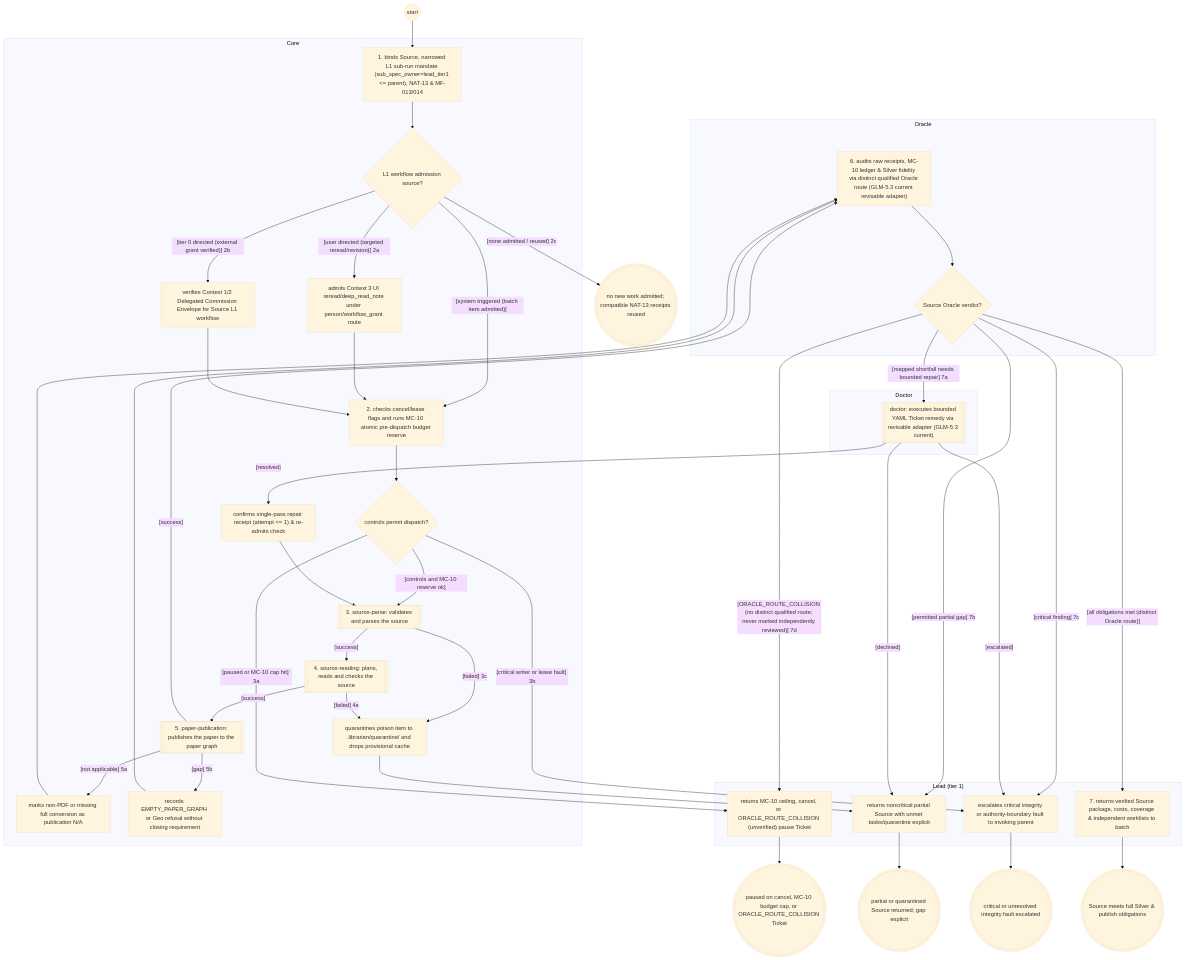
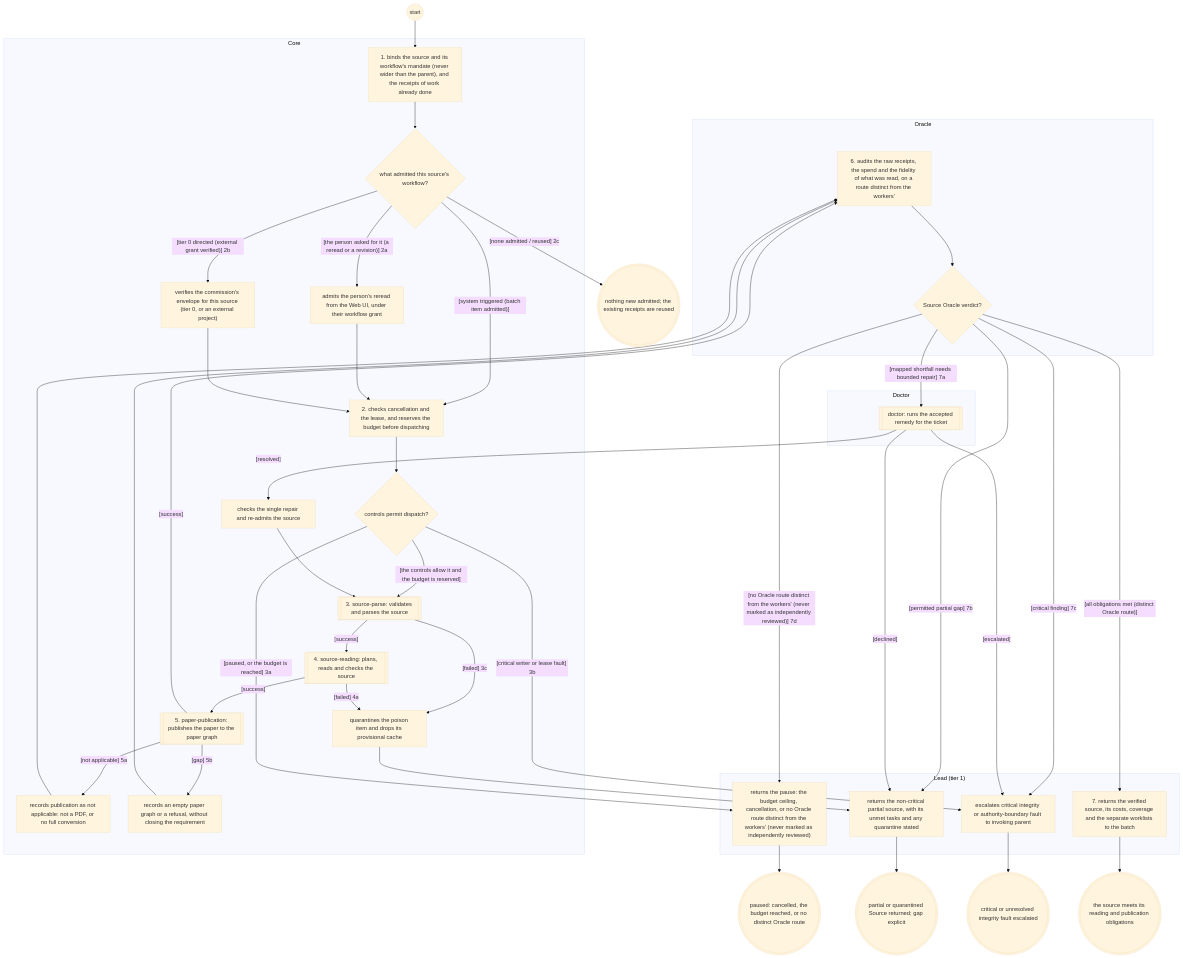
The diagram in reports/2026-11-25-systems-analysis-finalisation/librarian/to-be/views/source-enrichment.views.md (Jake36999/Librarian_V2), drawn with Mermaid (base theme) before and after one commit. The commit also changed other lines of this file and 37 other files, not shown here.

````diff
--- a/reports/2026-11-25-systems-analysis-finalisation/librarian/to-be/views/source-enrichment.views.md
+++ b/reports/2026-11-25-systems-analysis-finalisation/librarian/to-be/views/source-enrichment.views.md
@@ -98,74 +98,74 @@
 ```mermaid
 flowchart TD
   subgraph Oracle["Oracle"]
-    oracle["6. audits raw receipts, MC-10 ledger & Silver fidelity via distinct qualified Oracle route (GLM-5.3 current revisable adapter)"]
+    oracle["6. audits the raw receipts, the spend and the fidelity of what was read, on a route distinct from the workers'"]
     dverdict{"Source Oracle verdict?"}
   end
   subgraph Lead_tier_1_["Lead (tier 1)"]
-    handback["7. returns verified Source package, costs, coverage & independent worklists to batch"]
-    retpartial["returns noncritical partial Source with unmet tasks/quarantine explicit"]
-    retpause["returns MC-10 ceiling, cancel, or ORACLE_ROUTE_COLLISION (unverified) pause Ticket"]
+    handback["7. returns the verified source, its costs, coverage and the separate worklists to the batch"]
+    retpartial["returns the non-critical partial source, with its unmet tasks and any quarantine stated"]
+    retpause["returns the pause: the budget ceiling, cancellation, or no Oracle route distinct from the workers' (never marked as independently reviewed)"]
     retesc["escalates critical integrity or authority-boundary fault to invoking parent"]
   end
   subgraph Doctor["Doctor"]
-    doctor[["doctor: executes bounded YAML Ticket remedy via revisable adapter (GLM-5.3 current)"]]
+    doctor[["doctor: runs the accepted remedy for the ticket"]]
   end
   subgraph Core["Core"]
-    bind["1. binds Source, narrowed L1 sub-run mandate (sub_spec_owner=lead_tier1 <= parent), NAT-13 & MF-013/014"]
-    dwork{"L1 workflow admission source?"}
-    userread["admits Context 3 UI reread/deep_read_note under person/workflow_grant route"]
-    t0read["verifies Context 1/2 Delegated Commission Envelope for Source L1 workflow"]
-    controls["2. checks cancel/lease flags and runs MC-10 atomic pre-dispatch budget reserve"]
+    bind["1. binds the source and its workflow's mandate (never wider than the parent), and the receipts of work already done"]
+    dwork{"what admitted this source's workflow?"}
+    userread["admits the person's reread from the Web UI, under their workflow grant"]
+    t0read["verifies the commission's envelope for this source (tier 0, or an external project)"]
+    controls["2. checks cancellation and the lease, and reserves the budget before dispatching"]
     dcontrols{"controls permit dispatch?"}
     ref_source_parse[["3. source-parse: validates and parses the source"]]
     ref_source_reading[["4. source-reading: plans, reads and checks the source"]]
-    quarantine["quarantines poison item to .librarian/quarantine/ and drops provisional cache"]
+    quarantine["quarantines the poison item and drops its provisional cache"]
     ref_paper_publication[["5. paper-publication: publishes the paper to the paper graph"]]
-    pubna["marks non-PDF or missing full conversion as publication N/A"]
-    pubgap["records EMPTY_PAPER_GRAPH or Geo refusal without closing requirement"]
-    reentry["confirms single-pass repair receipt (attempt <= 1) & re-admits check"]
+    pubna["records publication as not applicable: not a PDF, or no full conversion"]
+    pubgap["records an empty paper graph or a refusal, without closing the requirement"]
+    reentry["checks the single repair and re-admits the source"]
   end
   s(("start"))
-  e1((("Source meets full Silver & publish obligations")))
+  e1((("the source meets its reading and publication obligations")))
   epartial((("partial or quarantined Source returned; gap explicit")))
-  enowork((("no new work admitted; compatible NAT-13 receipts reused")))
-  epaused((("paused on cancel, MC-10 budget cap, or ORACLE_ROUTE_COLLISION Ticket")))
+  enowork((("nothing new admitted; the existing receipts are reused")))
+  epaused((("paused: cancelled, the budget reached, or no distinct Oracle route")))
   eescalated((("critical or unresolved integrity fault escalated")))
   s --> bind
   bind --> dwork
   dwork -->|"[system triggered (batch item admitted)]"| controls
-  dwork -->|"[user directed (targeted reread/revision)] 2a"| userread
+  dwork -->|"[the person asked for it (a reread or a revision)] 2a"| userread
   dwork -->|"[tier 0 directed (external grant verified)] 2b"| t0read
   dwork -->|"[none admitted / reused] 2c"| enowork
   userread --> controls
   t0read --> controls
   controls --> dcontrols
-  dcontrols -->|"[controls and MC-10 reserve ok]"| ref_source_parse
-  dcontrols -->|"[paused or MC-10 cap hit] 3a"| retpause
+  dcontrols -->|"[the controls allow it and the budget is reserved]"| ref_source_parse
+  dcontrols -->|"[paused, or the budget is reached] 3a"| retpause
   dcontrols -->|"[critical writer or lease fault] 3b"| retesc
   quarantine --> retpartial
   pubna --> oracle
   pubgap --> oracle
   oracle --> dverdict
   dverdict -->|"[all obligations met (distinct Oracle route)]"| handback
   dverdict -->|"[mapped shortfall needs bounded repair] 7a"| doctor
   dverdict -->|"[permitted partial gap] 7b"| retpartial
   dverdict -->|"[critical finding] 7c"| retesc
-  dverdict -->|"[ORACLE_ROUTE_COLLISION (no distinct qualified route; never marked independently reviewed)] 7d"| retpause
+  dverdict -->|"[no Oracle route distinct from the workers' (never marked as independently reviewed)] 7d"| retpause
   doctor -->|"[resolved]"| reentry
   reentry --> ref_source_parse
   doctor -->|"[declined]"| retpartial
   doctor -->|"[escalated]"| retesc
   handback --> e1
   retpartial --> epartial
   retpause --> epaused
   retesc --> eescalated
   ref_source_parse -->|"[success]"| ref_source_reading
   ref_source_parse -->|"[failed] 3c"| quarantine
   ref_source_reading -->|"[success]"| ref_paper_publication
   ref_source_reading -->|"[failed] 4a"| quarantine
   ref_paper_publication -->|"[success]"| oracle
   ref_paper_publication -->|"[not applicable] 5a"| pubna
   ref_paper_publication -->|"[gap] 5b"| pubgap
   classDef ext stroke:#d9534f,stroke-width:2px
 ```
````
